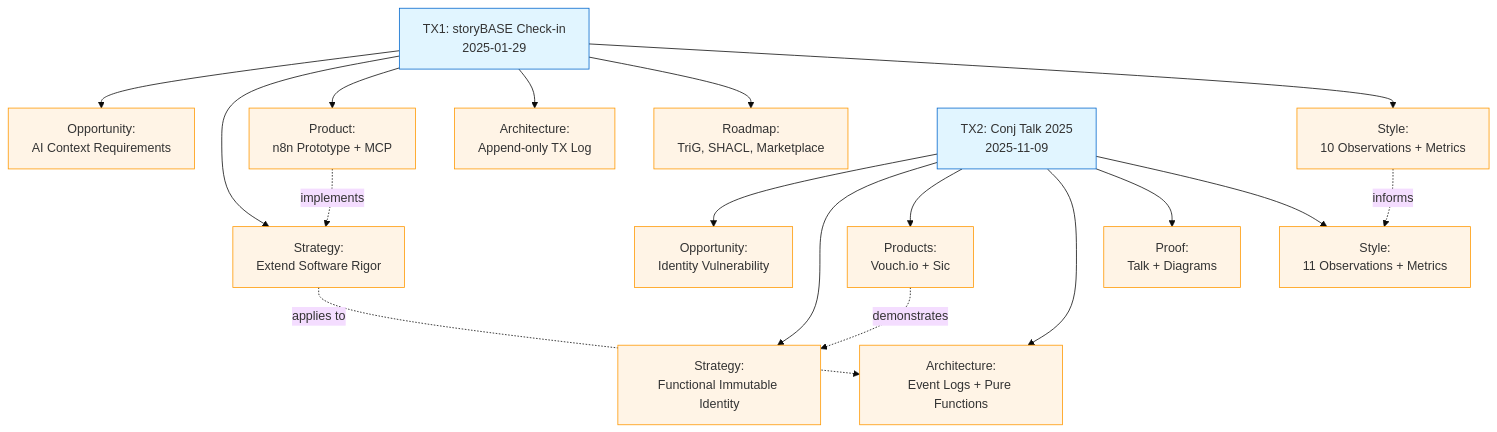
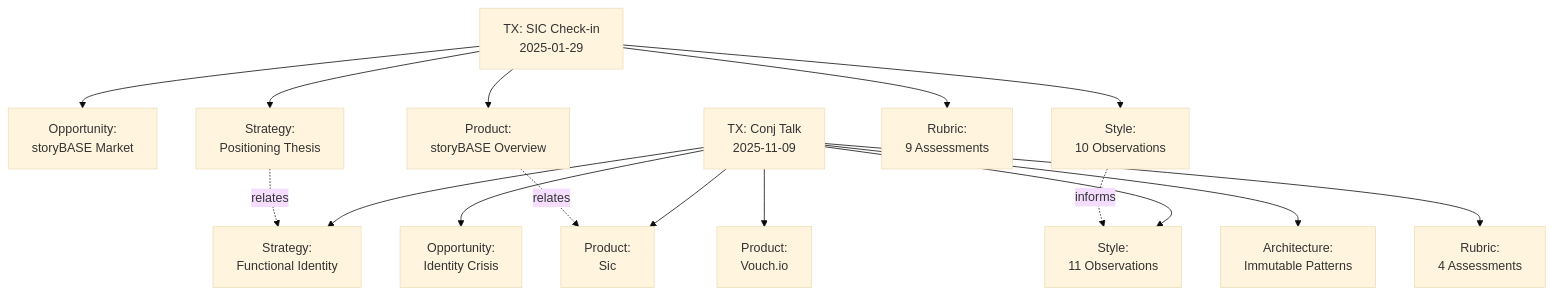
Before and after one commit to Synthetic-Identity-Co/conj-talk-2025: the first of 2 diagrams in README.md, drawn with Mermaid (base theme). The commit also changed other lines of this file, not shown here.

Commit message:
story:  3745b160a6c9e0e4a33b3d1663b35454991eba22

````diff
--- a/README.md
+++ b/README.md
@@ -72,26 +103,20 @@
 ```mermaid
 graph TD
-    TX1[TX1: storyBASE Check-in<br/>2025-01-29] --> Opp1[Opportunity:<br/>AI Context Requirements]
-    TX1 --> Strat1[Strategy:<br/>Extend Software Rigor]
-    TX1 --> Prod1[Product:<br/>n8n Prototype + MCP]
-    TX1 --> Arch1[Architecture:<br/>Append-only TX Log]
-    TX1 --> Road1[Roadmap:<br/>TriG, SHACL, Marketplace]
-    TX1 --> Style1[Style:<br/>10 Observations + Metrics]
+    TX1[TX: SIC Check-in<br/>2025-01-29] --> OPP1[Opportunity:<br/>storyBASE Market]
+    TX1 --> STRAT1[Strategy:<br/>Positioning Thesis]
+    TX1 --> PROD1[Product:<br/>storyBASE Overview]
+    TX1 --> STYLE1[Style:<br/>10 Observations]
+    TX1 --> RUBRIC1[Rubric:<br/>9 Assessments]
     
-    TX2[TX2: Conj Talk 2025<br/>2025-11-09] --> Opp2[Opportunity:<br/>Identity Vulnerability]
-    TX2 --> Strat2[Strategy:<br/>Functional Immutable Identity]
-    TX2 --> Prod2[Products:<br/>Vouch.io + Sic]
-    TX2 --> Arch2[Architecture:<br/>Event Logs + Pure Functions]
-    TX2 --> Proof2[Proof:<br/>Talk + Diagrams]
-    TX2 --> Style2[Style:<br/>11 Observations + Metrics]
+    TX2[TX: Conj Talk<br/>2025-11-09] --> OPP2[Opportunity:<br/>Identity Crisis]
+    TX2 --> STRAT2[Strategy:<br/>Functional Identity]
+    TX2 --> PROD2A[Product:<br/>Vouch.io]
+    TX2 --> PROD2B[Product:<br/>Sic]
+    TX2 --> ARCH2[Architecture:<br/>Immutable Patterns]
+    TX2 --> STYLE2[Style:<br/>11 Observations]
+    TX2 --> RUBRIC2[Rubric:<br/>4 Assessments]
     
-    Strat1 -.->|applies to| Arch2
-    Prod1 -.->|implements| Strat1
-    Prod2 -.->|demonstrates| Strat2
-    Style1 -.->|informs| Style2
-    
-    classDef tx fill:#e1f5ff,stroke:#0066cc
-    classDef domain fill:#fff4e6,stroke:#ff9800
-    class TX1,TX2 tx
-    class Opp1,Opp2,Strat1,Strat2,Prod1,Prod2,Arch1,Arch2,Road1,Proof2,Style1,Style2 domain
+    STRAT1 -.relates.-> STRAT2
+    PROD1 -.relates.-> PROD2B
+    STYLE1 -.informs.-> STYLE2
 ```
````
